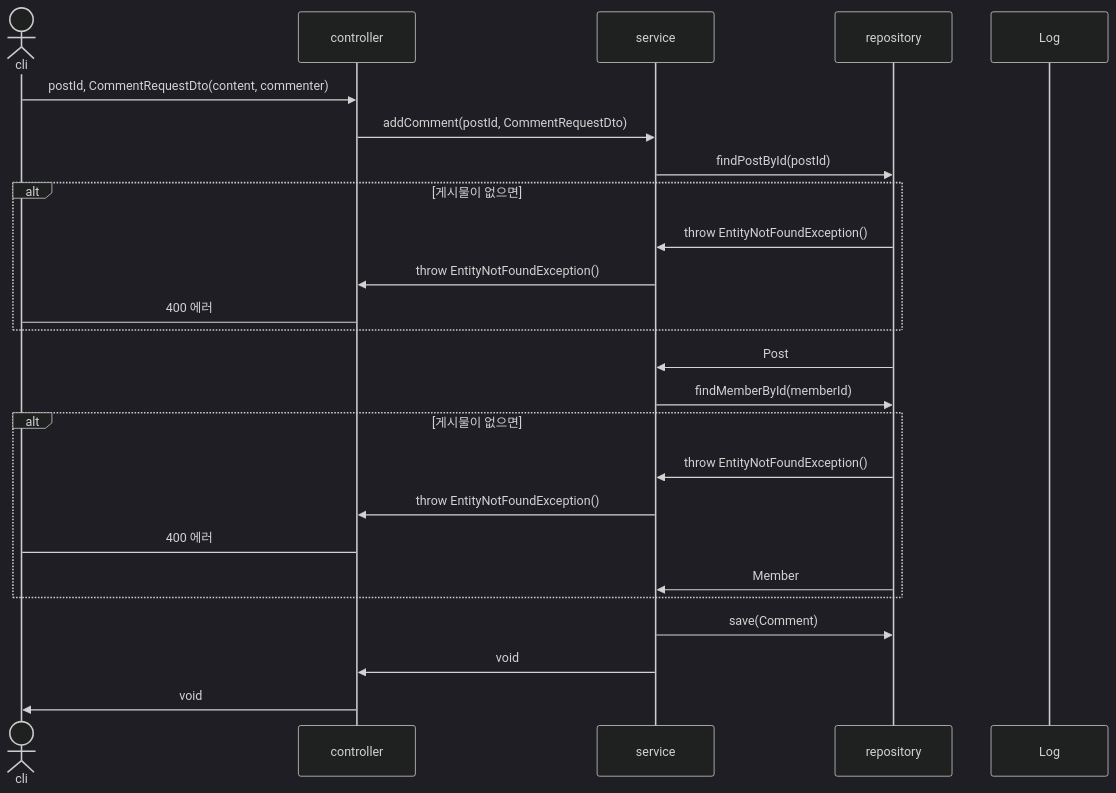
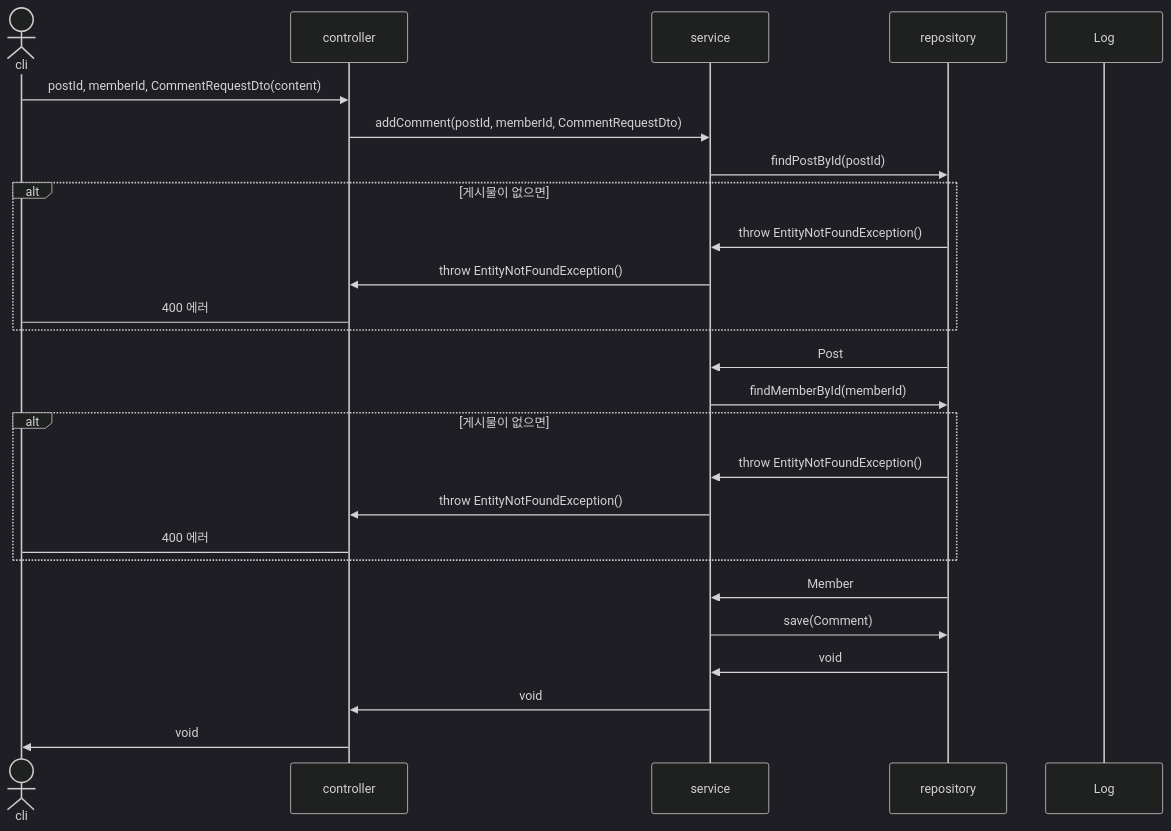
Before and after one commit to mtak0235/snsX: diagram 19 of 28 in sequence.md, drawn with Mermaid (dark theme).

Commit message:
update addComment sequence diagram

````diff
--- a/sequence.md
+++ b/sequence.md
@@ -390,28 +390,29 @@
 ```mermaid
 sequenceDiagram
 actor cli
 participant c as controller
 participant s as service
 participant r as repository
 participant l as Log
 
-cli->>c: postId, CommentRequestDto(content, commenter)
-c->>s: addComment(postId, CommentRequestDto)
+cli->>c: postId, memberId, CommentRequestDto(content)
+c->>s: addComment(postId, memberId, CommentRequestDto)
 s->>r: findPostById(postId)
 alt 게시물이 없으면
 r->>s: throw EntityNotFoundException()
 s->>c: throw EntityNotFoundException()
 c->cli: 400 에러
 end
 r->>s: Post
 s->>r: findMemberById(memberId)
 alt 게시물이 없으면
 r->>s: throw EntityNotFoundException()
 s->>c: throw EntityNotFoundException()
 c->cli: 400 에러
+end
 r->>s: Member
-end
 s->>r: save(Comment)
+r->>s: void
 s->>c: void
 c->>cli: void
 ```
````
